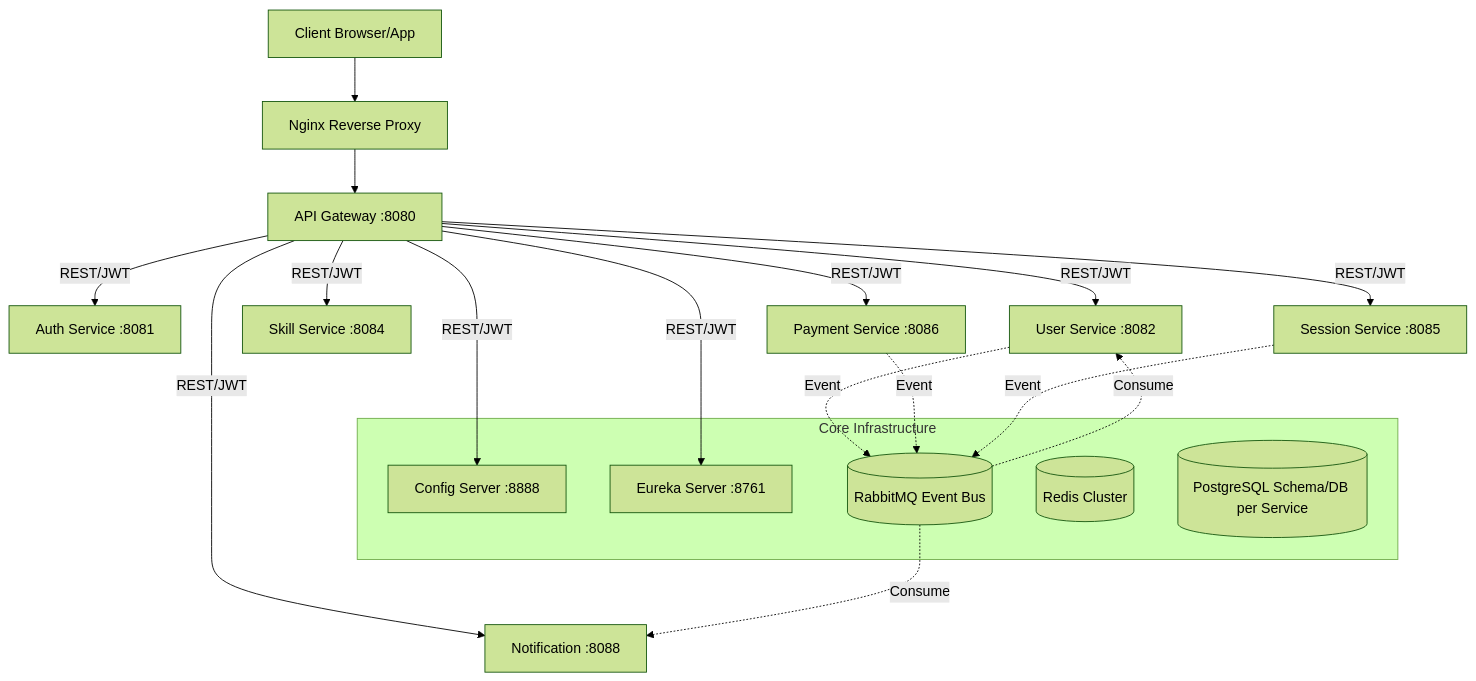
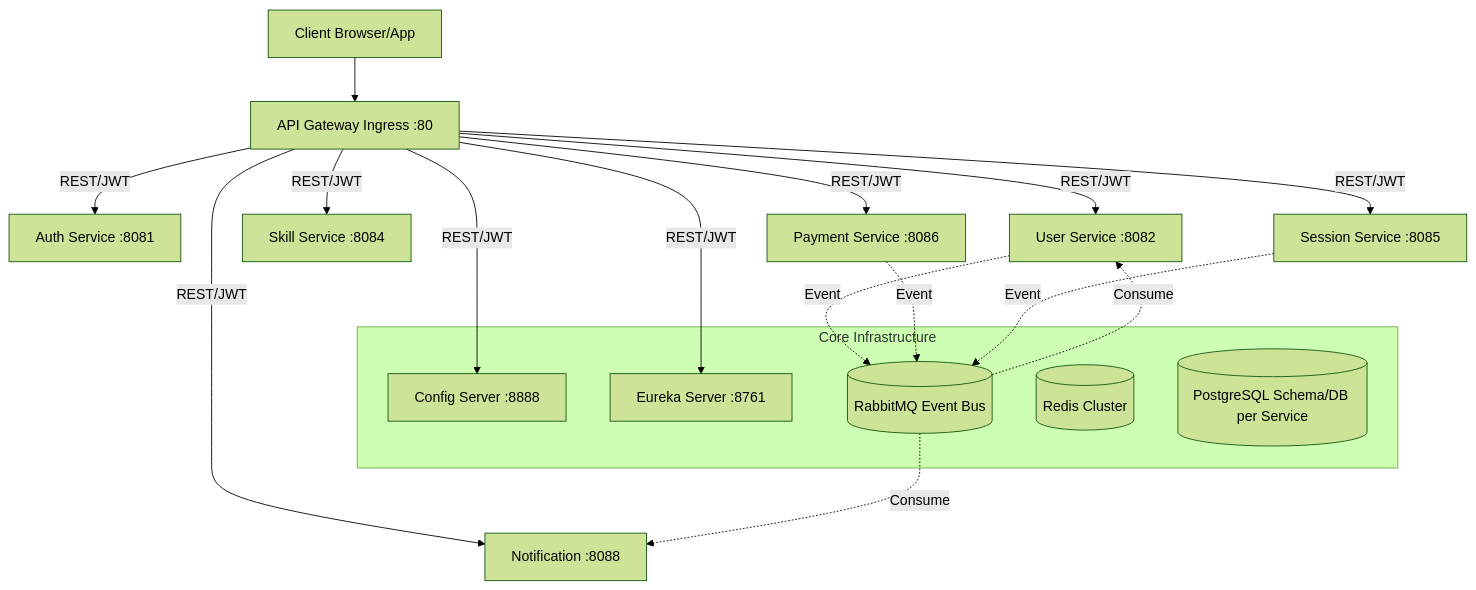
The diagram in README.md (Anjan-Kumar-Sahoo/SkillSync), drawn with Mermaid (forest theme) before and after one commit. The commit also changed other lines of this file and 53 other files, not shown here.

````diff
--- a/README.md
+++ b/README.md
@@ -9,28 +9,27 @@
 ```mermaid
 graph TD
-    Client[Client Browser/App] --> Nginx[Nginx Reverse Proxy]
-    Nginx --> GW[API Gateway :8080]
+    Client[Client Browser/App] --> GW[API Gateway Ingress :80]
     
     GW -->|REST/JWT| Auth[Auth Service :8081]
     GW -->|REST/JWT| User[User Service :8082]
     GW -->|REST/JWT| Skill[Skill Service :8084]
     GW -->|REST/JWT| Session[Session Service :8085]
     GW -->|REST/JWT| Payment[Payment Service :8086]
     GW -->|REST/JWT| Notif[Notification :8088]
     GW -->|REST/JWT| Config[Config Server :8888]
     GW -->|REST/JWT| Eureka[Eureka Server :8761]
 
     User -.->|Event| RabbitMQ
     Payment -.->|Event| RabbitMQ
     Session -.->|Event| RabbitMQ
     RabbitMQ -.->|Consume| User
     RabbitMQ -.->|Consume| Notif
     
     subgraph Core Infrastructure
     Eureka[Eureka Server :8761]
     Config[Config Server :8888]
     RabbitMQ[(RabbitMQ Event Bus)]
     Redis[(Redis Cluster)]
     PG[(PostgreSQL Schema/DB per Service)]
     end
 ```
````
